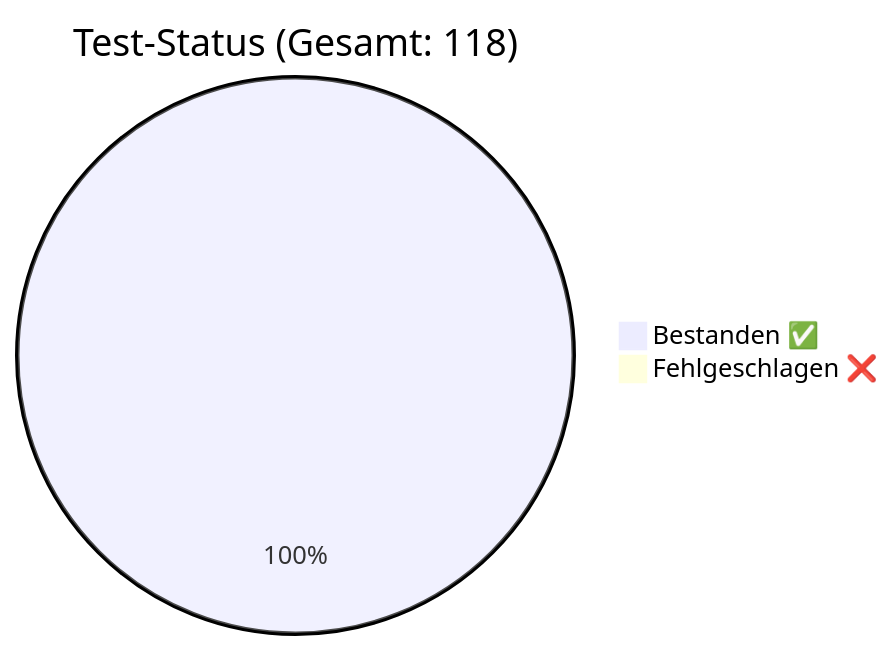
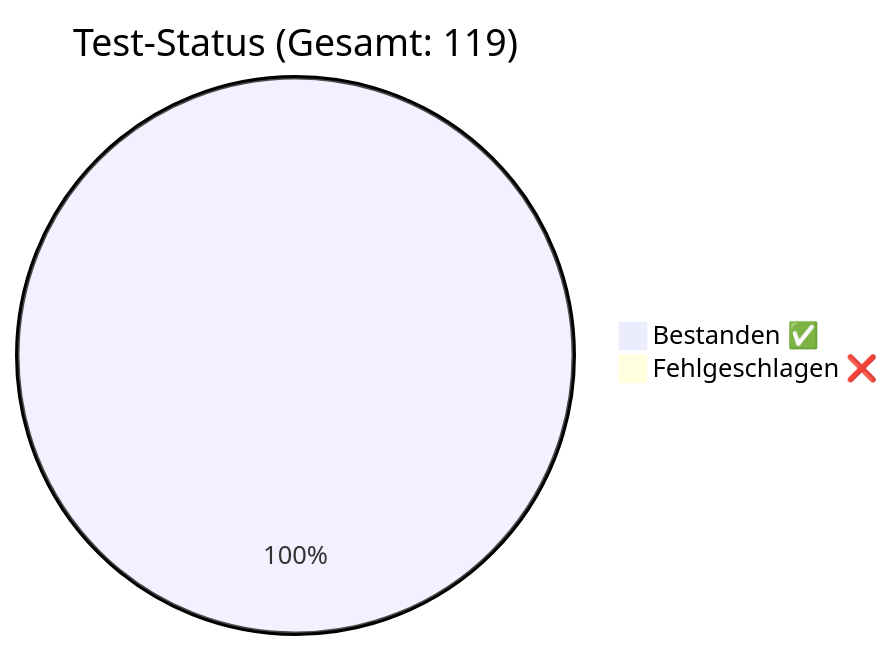
The diagram in docs/QA_Report.md (rorila/GCS), drawn with Mermaid before and after one commit. The commit also changed other lines of this file and 10 other files, not shown here.

Commit message:
fix: resolve empty sequence output for global tasks in Pascal Generator

````diff
--- a/docs/QA_Report.md
+++ b/docs/QA_Report.md
@@ -7,5 +7,5 @@
 ```mermaid
-pie title Test-Status (Gesamt: 118)
-    "Bestanden ✅" : 118
+pie title Test-Status (Gesamt: 119)
+    "Bestanden ✅" : 119
     "Fehlgeschlagen ❌" : 0
 ```
````
